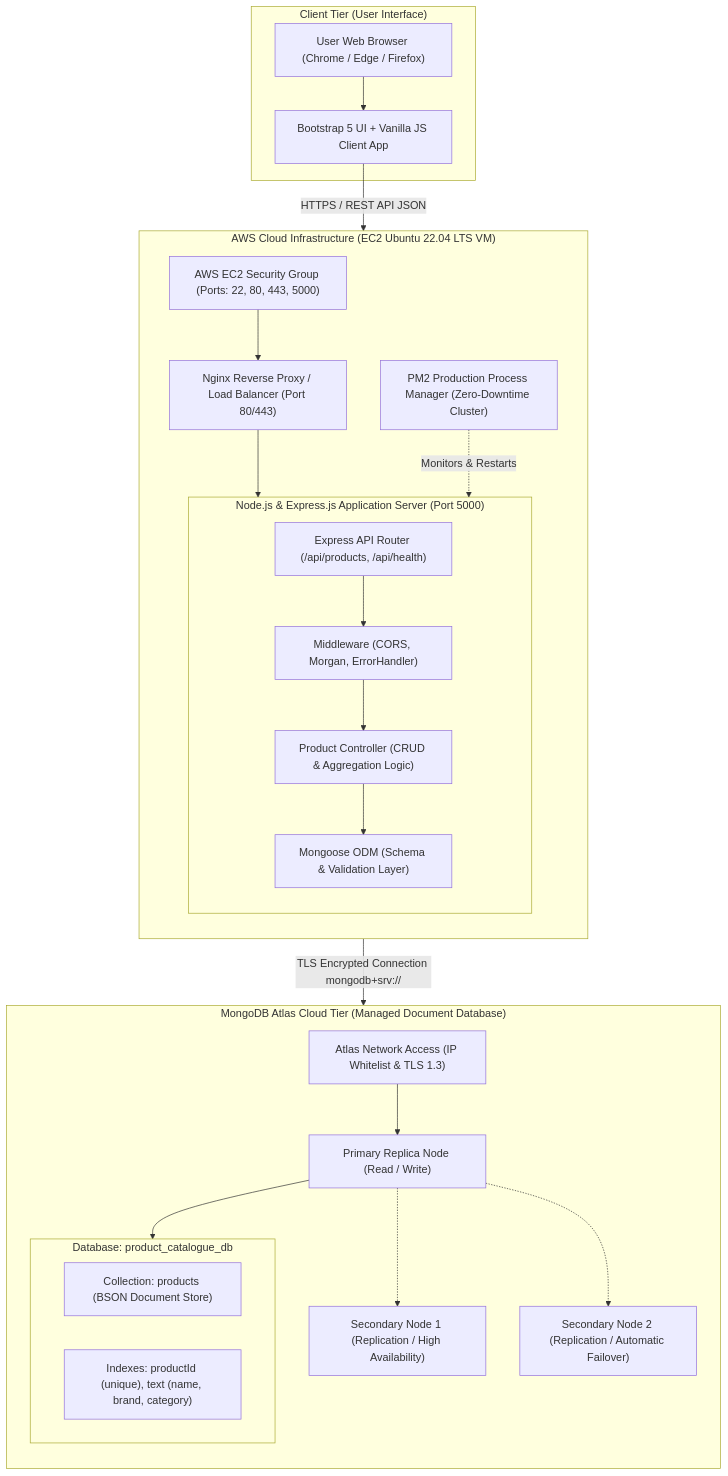
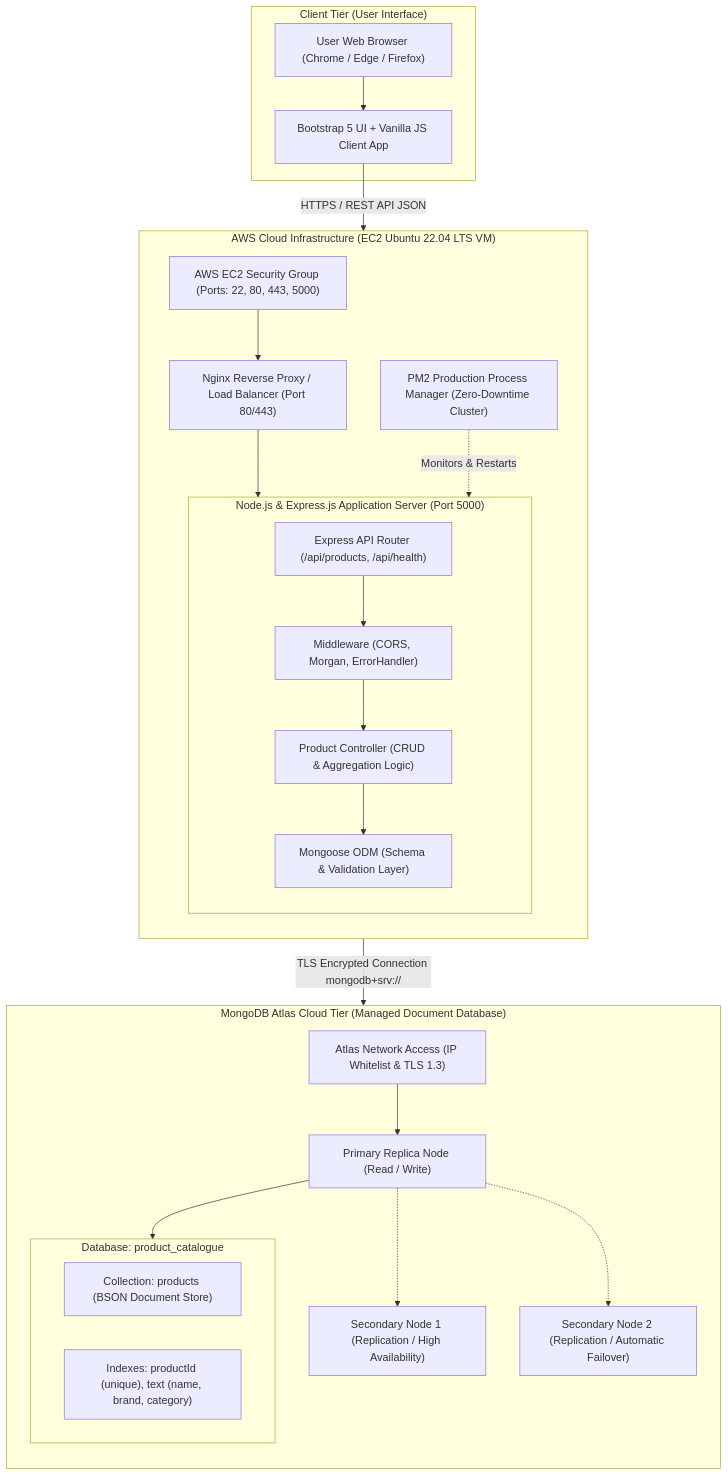
The first of 2 diagrams in backend/docs/architecture.md (gaganv07/product-hub), drawn with Mermaid before and after one commit. The commit also changed 20 other files, not shown here.

````diff
--- a/backend/docs/architecture.md
+++ b/backend/docs/architecture.md
@@ -13,51 +13,51 @@
 ```mermaid
 flowchart TD
     subgraph Client_Tier["Client Tier (User Interface)"]
         Browser["User Web Browser (Chrome / Edge / Firefox)"]
         UI["Bootstrap 5 UI + Vanilla JS Client App"]
         Browser --> UI
     end
 
     subgraph AWS_Cloud["AWS Cloud Infrastructure (EC2 Ubuntu 22.04 LTS VM)"]
         direction TB
         SecurityGroup["AWS EC2 Security Group (Ports: 22, 80, 443, 5000)"]
         Nginx["Nginx Reverse Proxy / Load Balancer (Port 80/443)"]
         PM2["PM2 Production Process Manager (Zero-Downtime Cluster)"]
         
         subgraph Node_App["Node.js & Express.js Application Server (Port 5000)"]
             Router["Express API Router (/api/products, /api/health)"]
             Controllers["Product Controller (CRUD & Aggregation Logic)"]
             Middleware["Middleware (CORS, Morgan, ErrorHandler)"]
             Mongoose["Mongoose ODM (Schema & Validation Layer)"]
             
             Router --> Middleware
             Middleware --> Controllers
             Controllers --> Mongoose
         end
         
         SecurityGroup --> Nginx
         Nginx --> Node_App
         PM2 -.->|Monitors & Restarts| Node_App
     end
 
     subgraph MongoDB_Atlas_Cloud["MongoDB Atlas Cloud Tier (Managed Document Database)"]
         direction TB
         AtlasNetwork["Atlas Network Access (IP Whitelist & TLS 1.3)"]
         PrimaryReplica["Primary Replica Node (Read / Write)"]
         SecondaryReplica1["Secondary Node 1 (Replication / High Availability)"]
         SecondaryReplica2["Secondary Node 2 (Replication / Automatic Failover)"]
         
-        subgraph Database["Database: product_catalogue_db"]
+        subgraph Database["Database: product_catalogue"]
             Collection["Collection: products (BSON Document Store)"]
             Indexes["Indexes: productId (unique), text (name, brand, category)"]
         end
 
         AtlasNetwork --> PrimaryReplica
         PrimaryReplica -.-> SecondaryReplica1
         PrimaryReplica -.-> SecondaryReplica2
         PrimaryReplica --> Database
     end
 
     UI -->|HTTPS / REST API JSON| SecurityGroup
     Mongoose -->|TLS Encrypted Connection mongodb+srv://| AtlasNetwork
 ```
````
